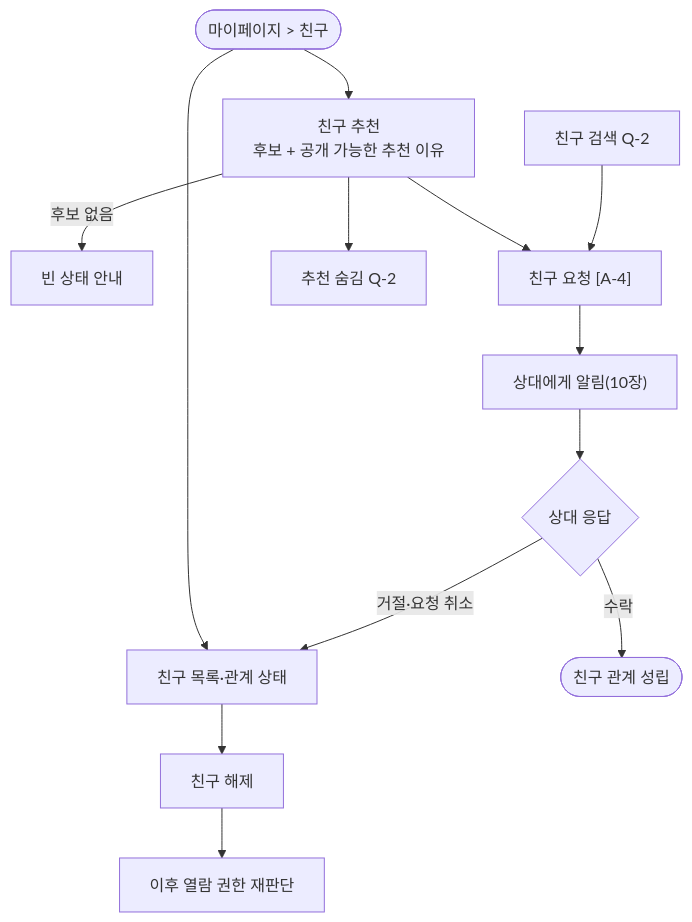
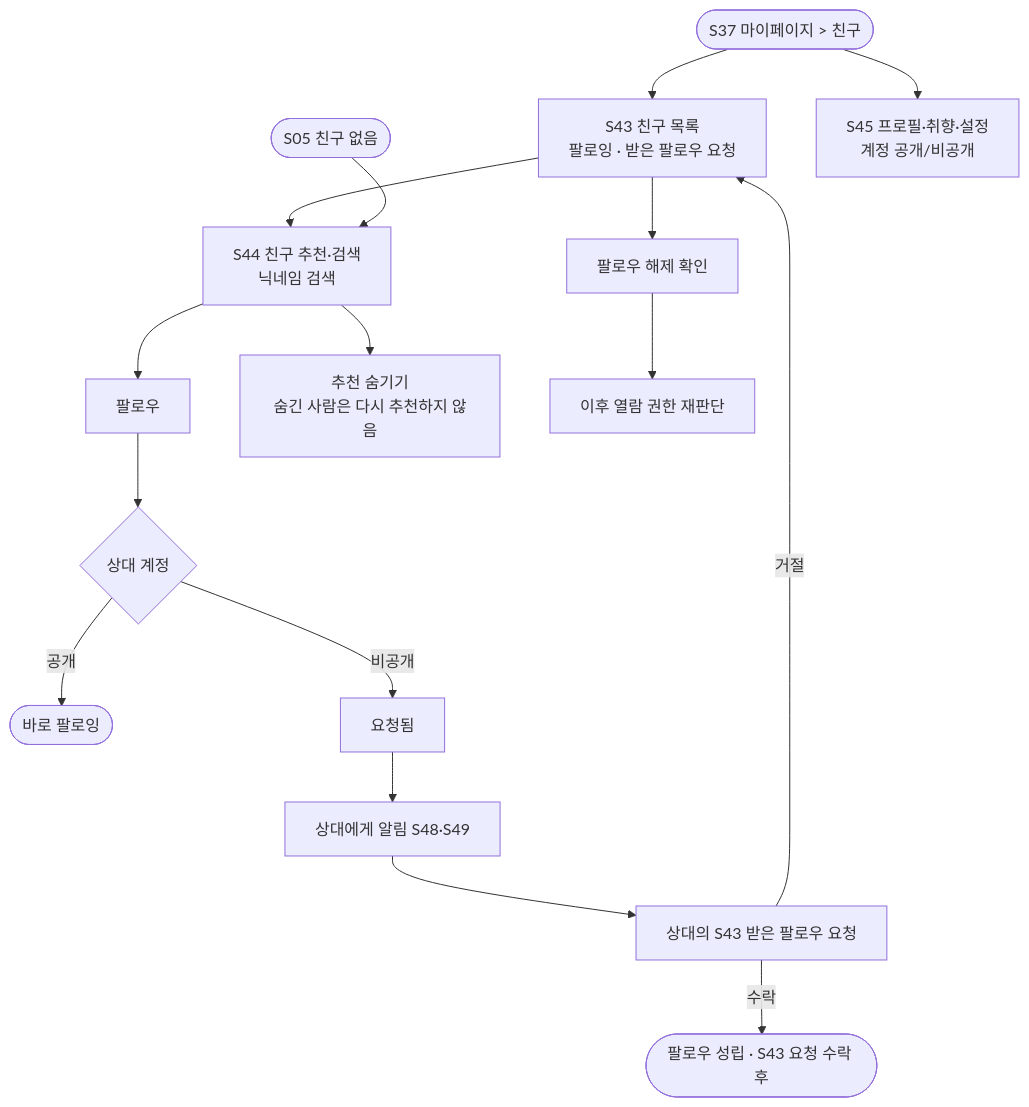
The fourth of 24 diagrams in docs/flow/user-flow.md (a204-eodilog/eodilog), drawn with Mermaid before and after one commit. The commit also changed other lines of this file, not shown here.

````diff
--- a/docs/flow/user-flow.md
+++ b/docs/flow/user-flow.md
@@ -110,13 +115,16 @@
 ```mermaid
 flowchart TD
-    MY(["마이페이지 > 친구"]) --> LIST["친구 목록·관계 상태"]
-    MY --> REC["친구 추천<br/>후보 + 공개 가능한 추천 이유"]
-    REC -- "후보 없음" --> EMP["빈 상태 안내"]
-    REC --> REQ["친구 요청 [A-4]"]
-    SRCH["친구 검색 Q-2"] --> REQ
-    REQ --> NT["상대에게 알림(10장)"] --> RCV{"상대 응답"}
-    RCV -- "수락" --> FR(["친구 관계 성립"])
-    RCV -- "거절·요청 취소" --> LIST
-    LIST --> UNF["친구 해제"] --> RE["이후 열람 권한 재판단"]
-    REC --> HIDE["추천 숨김 Q-2"]
+    MY(["S37 마이페이지 > 친구"]) --> S43["S43 친구 목록<br/>팔로잉 · 받은 팔로우 요청"]
+    S43 --> S44["S44 친구 추천·검색<br/>닉네임 검색"]
+    S05E(["S05 친구 없음"]) --> S44
+    S44 --> FOL["팔로우"]
+    FOL --> TY{"상대 계정"}
+    TY -- "공개" --> OK(["바로 팔로잉"])
+    TY -- "비공개" --> REQ["요청됨"]
+    REQ --> NT["상대에게 알림 S48·S49"] --> INB["상대의 S43 받은 팔로우 요청"]
+    INB -- "수락" --> OK2(["팔로우 성립 · S43 요청 수락 후"])
+    INB -- "거절" --> S43
+    S44 --> HIDE["추천 숨기기<br/>숨긴 사람은 다시 추천하지 않음"]
+    S43 --> UNF["팔로우 해제 확인"] --> RE["이후 열람 권한 재판단"]
+    MY --> S45["S45 프로필·취향·설정<br/>계정 공개/비공개"]
 ```
````
